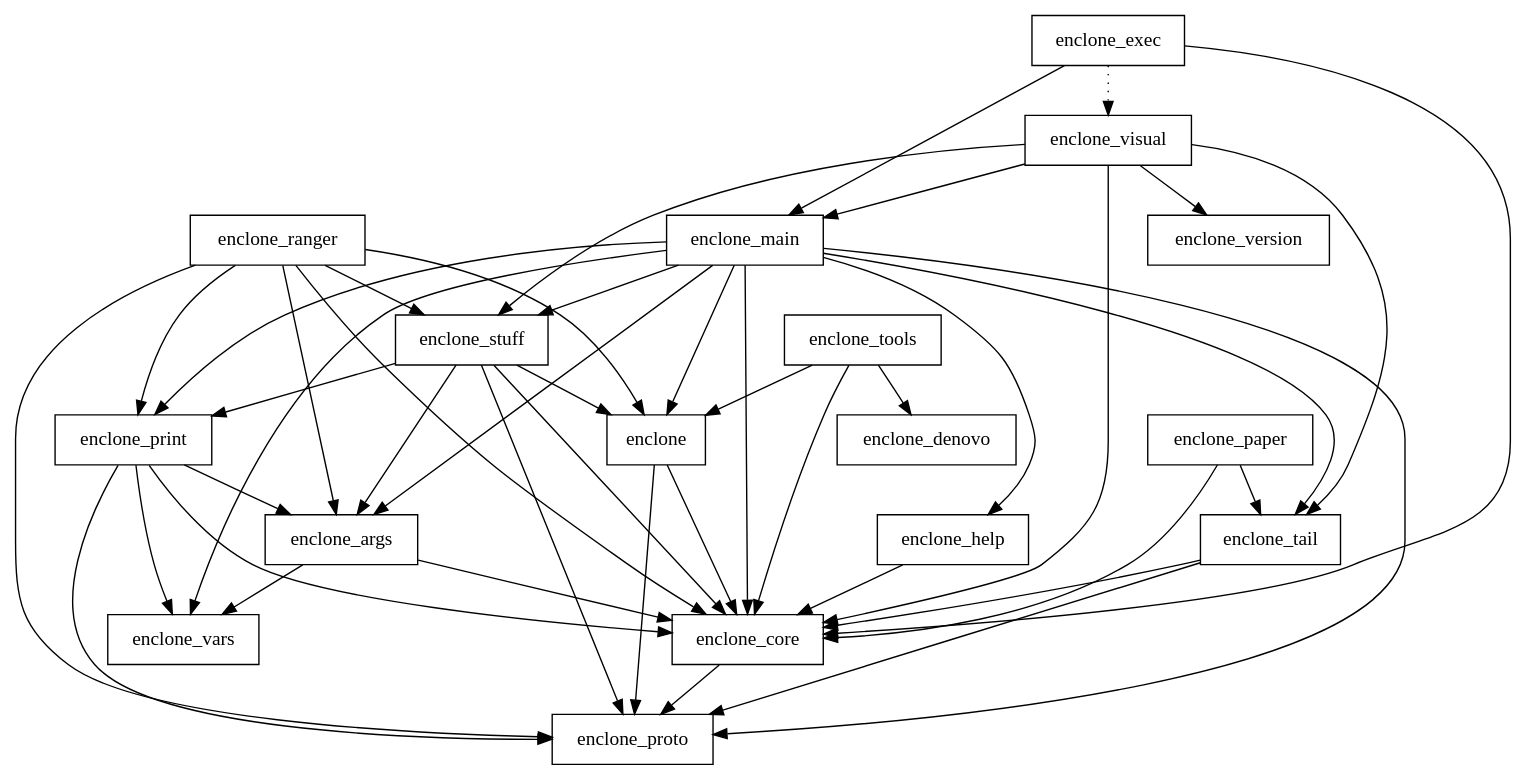
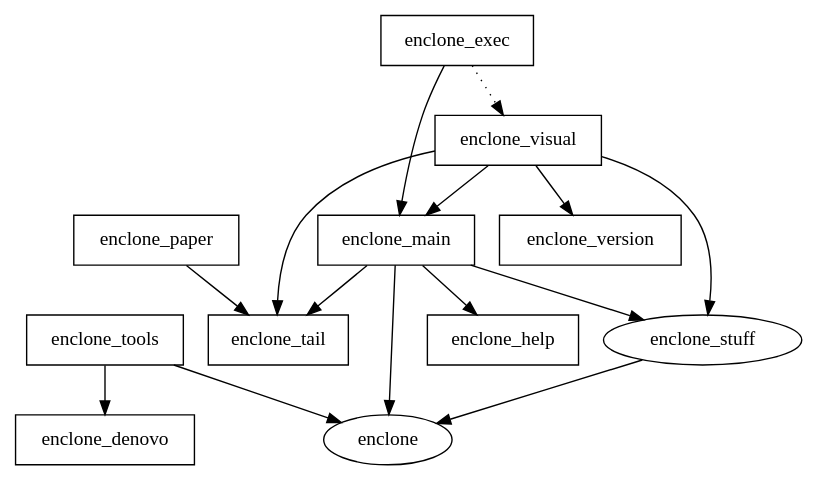
The diagram in crates.dot (10XGenomics/enclone), drawn with Graphviz before and after one commit. The commit also changed 156 other files, not shown here.

First line of the commit message:
Move core modules to separate enclone_ranger repo. (#484)

```diff
--- a/crates.dot
+++ b/crates.dot
@@ -1,64 +1,27 @@
 digraph {
-    0 [ label = "enclone" shape = box]
-    1 [ label = "enclone_core" shape = box]
-    2 [ label = "enclone_proto" shape = box]
-    3 [ label = "enclone_args" shape = box]
-    4 [ label = "enclone_vars" shape = box]
-    5 [ label = "enclone_denovo" shape = box]
-    6 [ label = "enclone_exec" shape = box]
-    7 [ label = "enclone_main" shape = box]
-    8 [ label = "enclone_help" shape = box]
-    9 [ label = "enclone_print" shape = box]
-    10 [ label = "enclone_stuff" shape = box]
-    11 [ label = "enclone_tail" shape = box]
-    12 [ label = "enclone_visual" shape = box]
-    13 [ label = "enclone_version" shape = box]
-    14 [ label = "enclone_ranger" shape = box]
-    15 [ label = "enclone_tools" shape = box]
-    16 [ label = "enclone_paper" shape = box]
-    0 -> 1 [ ]
-    0 -> 2 [ ]
+    0 [ label = "enclone_denovo" shape = box]
+    1 [ label = "enclone_exec" shape = box]
+    2 [ label = "enclone_main" shape = box]
+    3 [ label = "enclone_help" shape = box]
+    4 [ label = "enclone_tail" shape = box]
+    5 [ label = "enclone_visual" shape = box]
+    6 [ label = "enclone_version" shape = box]
+    7 [ label = "enclone_tools" shape = box]
+    8 [ label = "enclone_paper" shape = box]
+    41 [ label = "enclone" ]
+    45 [ label = "enclone_stuff" ]
     1 -> 2 [ ]
-    3 -> 1 [ ]
-    3 -> 4 [ ]
-    6 -> 1 [ ]
-    6 -> 7 [ ]
-    6 -> 12 [ style = dotted]
+    1 -> 5 [ style = dotted]
+    2 -> 41 [ ]
+    2 -> 3 [ ]
+    2 -> 45 [ ]
+    2 -> 4 [ ]
+    5 -> 2 [ ]
+    5 -> 45 [ ]
+    5 -> 4 [ ]
+    5 -> 6 [ ]
+    7 -> 41 [ ]
     7 -> 0 [ ]
-    7 -> 3 [ ]
-    7 -> 1 [ ]
-    7 -> 8 [ ]
-    7 -> 9 [ ]
-    7 -> 2 [ ]
-    7 -> 10 [ ]
-    7 -> 11 [ ]
-    7 -> 4 [ ]
-    8 -> 1 [ ]
-    9 -> 3 [ ]
-    9 -> 1 [ ]
-    9 -> 2 [ ]
-    9 -> 4 [ ]
-    10 -> 0 [ ]
-    10 -> 3 [ ]
-    10 -> 1 [ ]
-    10 -> 9 [ ]
-    10 -> 2 [ ]
-    11 -> 1 [ ]
-    11 -> 2 [ ]
-    12 -> 1 [ ]
-    12 -> 7 [ ]
-    12 -> 10 [ ]
-    12 -> 11 [ ]
-    12 -> 13 [ ]
-    14 -> 0 [ ]
-    14 -> 3 [ ]
-    14 -> 1 [ ]
-    14 -> 9 [ ]
-    14 -> 2 [ ]
-    14 -> 10 [ ]
-    15 -> 0 [ ]
-    15 -> 1 [ ]
-    15 -> 5 [ ]
-    16 -> 1 [ ]
-    16 -> 11 [ ]
+    8 -> 4 [ ]
+    45 -> 41 [ ]
 }
```
